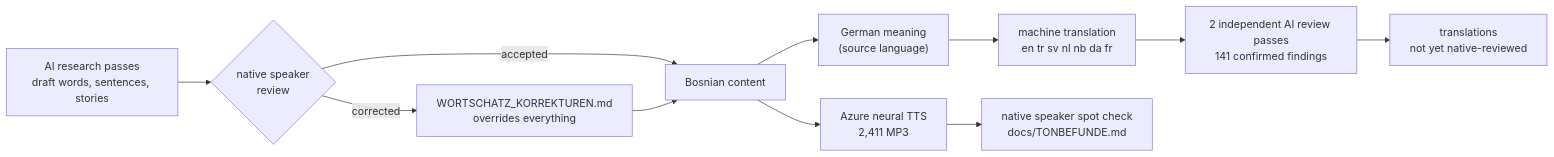
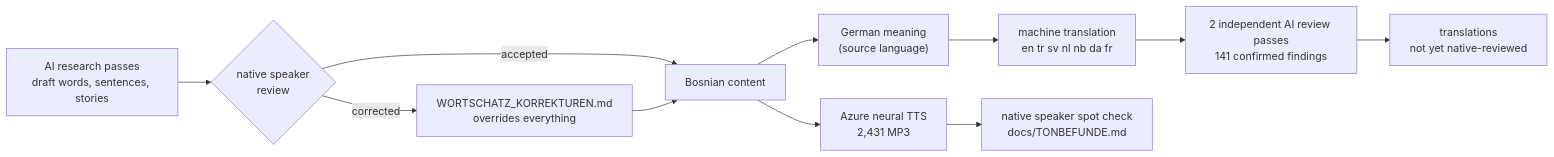
The second of 2 diagrams in data/DATASHEET.md (zmaj-lernapp/zmaj), drawn with Mermaid before and after one commit. The commit also changed other lines of this file and 41 other files, not shown here.

````diff
--- a/data/DATASHEET.md
+++ b/data/DATASHEET.md
@@ -112,13 +112,13 @@
 ```mermaid
 flowchart LR
   R["AI research passes<br/>draft words, sentences, stories"] --> N{"native speaker<br/>review"}
   N -- corrected --> K["WORTSCHATZ_KORREKTUREN.md<br/>overrides everything"]
   N -- accepted --> B[Bosnian content]
   K --> B
   B --> DE["German meaning<br/>(source language)"]
   DE --> MT["machine translation<br/>en tr sv nl nb da fr"]
   MT --> AI["2 independent AI review passes<br/>141 confirmed findings"]
   AI --> T["translations<br/>not yet native-reviewed"]
-  B --> TTS["Azure neural TTS<br/>2,411 MP3"]
+  B --> TTS["Azure neural TTS<br/>2,431 MP3"]
   TTS --> H["native speaker spot check<br/>docs/TONBEFUNDE.md"]
 ```
````
